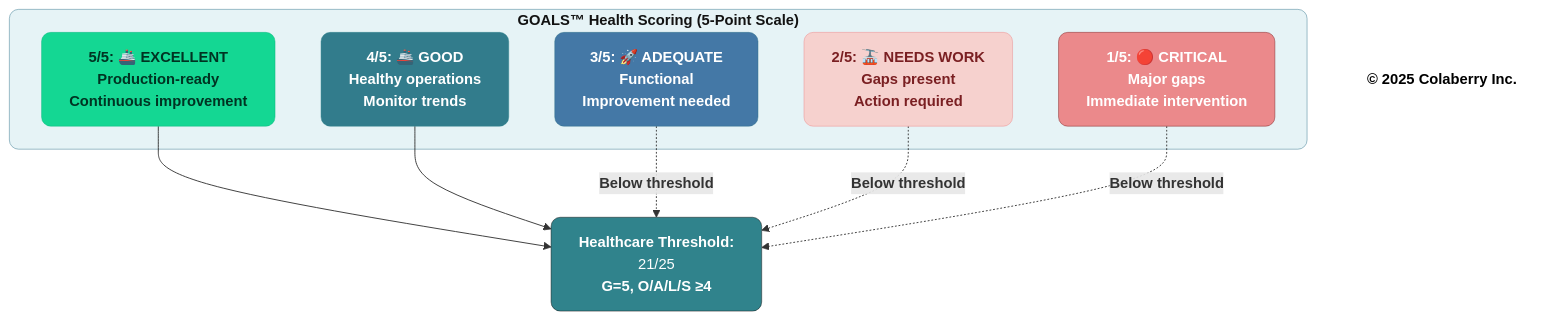
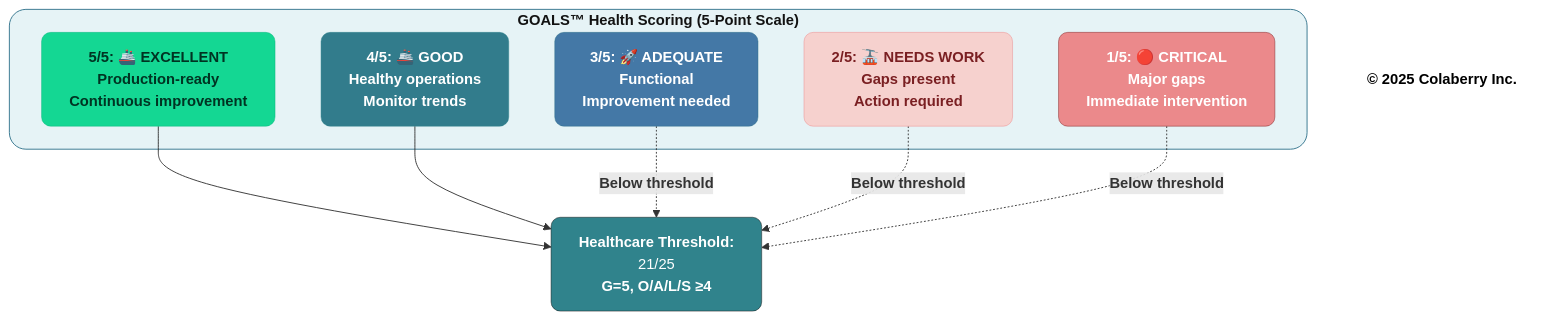
Diagram 14 of 14 in manuscript/08_chapter_7_goals_framework.md (saitejesh-cyber/trust-before-intelligence-book), drawn with Mermaid before and after one commit. The commit also changed other lines of this file and 12 other files, not shown here.

````diff
--- a/manuscript/08_chapter_7_goals_framework.md
+++ b/manuscript/08_chapter_7_goals_framework.md
@@ -1790,31 +1790,31 @@
 ```mermaid
 graph TB
     subgraph SCORING["<b>GOALS™ Health Scoring (5-Point Scale)</b>"]
         EXCELLENT["<b>5/5: 🚢 EXCELLENT</b><br/><b>Production-ready</b><br/><b>Continuous improvement</b>"]
         GOOD["<b>4/5: 🚢 GOOD</b><br/><b>Healthy operations</b><br/><b>Monitor trends</b>"]
         ADEQUATE["<b>3/5: 🚀 ADEQUATE</b><br/><b>Functional</b><br/><b>Improvement needed</b>"]
         NEEDS["<b>2/5: 🚠 NEEDS WORK</b><br/><b>Gaps present</b><br/><b>Action required</b>"]
         CRITICAL["<b>1/5: 🔴 CRITICAL</b><br/><b>Major gaps</b><br/><b>Immediate intervention</b>"]
     end
     
     THRESHOLD["<b>Healthcare Threshold:</b><br/> 21/25</b><br/><b>G=5, O/A/L/S ≥4</b>"]
     
     EXCELLENT --> THRESHOLD
     GOOD --> THRESHOLD
     ADEQUATE -.->|<b>Below threshold</b>| THRESHOLD
     NEEDS -.->|<b>Below threshold</b>| THRESHOLD
     CRITICAL -.->|<b>Below threshold</b>| THRESHOLD
     
-    style SCORING fill:#E6F3F6,stroke:#32738C,stroke-width:0.5px,color:#121212,rx:10,ry:10
+    style SCORING fill:#E6F3F6,stroke:#32738C,stroke-width:1px,color:#121212,rx:18,ry:18
     
     style EXCELLENT fill:#14D793,stroke:#0FB67D,stroke-width:0.5px,color:#003322,rx:10,ry:10
     style GOOD fill:#327C8C,stroke:#30838C,stroke-width:0.5px,color:#ffffff,rx:10,ry:10
     style ADEQUATE fill:#4478A6,stroke:#32738C,stroke-width:0.5px,color:#ffffff,rx:10,ry:10
     style NEEDS fill:#F6D1CE,stroke:#EB898B,stroke-width:0.5px,color:#7A1F22,rx:10,ry:10
     style CRITICAL fill:#EB898B,stroke:#7A1F22,stroke-width:0.5px,color:#ffffff,rx:10,ry:10
     
     style THRESHOLD fill:#30838C,stroke:#0D0D0D,stroke-width:0.5px,color:#ffffff,rx:10,ry:10
     
     Copyright["<b>© 2025 Colaberry Inc.</b>"]
     style Copyright fill:none,stroke:none,stroke-width:0.5px,color:#000000
 ```
````
